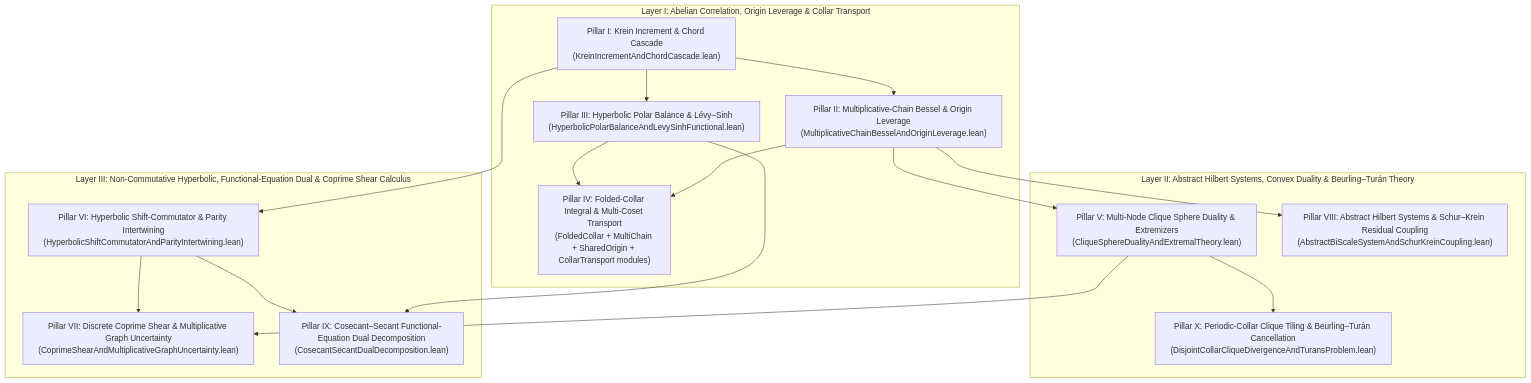
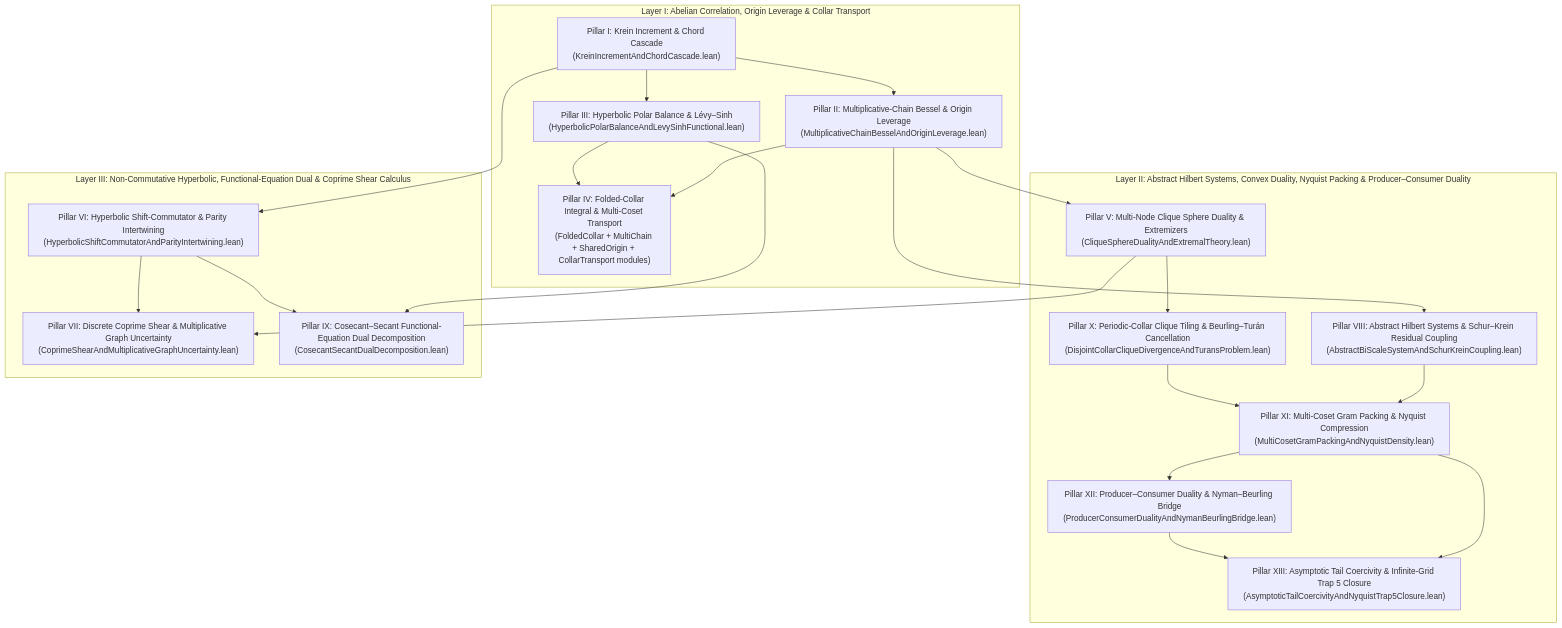
The diagram in formal/GaloisForLFunctions/BiScaleUncertainty/README.md (michael-haufschild-gib/hgt), drawn with Mermaid before and after one commit. The commit also changed other lines of this file and 67 other files, not shown here.

````diff
--- a/formal/GaloisForLFunctions/BiScaleUncertainty/README.md
+++ b/formal/GaloisForLFunctions/BiScaleUncertainty/README.md
@@ -174,34 +181,42 @@
 ```mermaid
 flowchart TD
     subgraph Layer1["Layer I: Abelian Correlation, Origin Leverage & Collar Transport"]
         P1["Pillar I: Krein Increment & Chord Cascade<br/>(KreinIncrementAndChordCascade.lean)"]
         P2["Pillar II: Multiplicative-Chain Bessel & Origin Leverage<br/>(MultiplicativeChainBesselAndOriginLeverage.lean)"]
         P3["Pillar III: Hyperbolic Polar Balance & Lévy–Sinh<br/>(HyperbolicPolarBalanceAndLevySinhFunctional.lean)"]
         P4["Pillar IV: Folded-Collar Integral & Multi-Coset Transport<br/>(FoldedCollar + MultiChain + SharedOrigin + CollarTransport modules)"]
     end
 
-    subgraph Layer2["Layer II: Abstract Hilbert Systems, Convex Duality & Beurling–Turán Theory"]
+    subgraph Layer2["Layer II: Abstract Hilbert Systems, Convex Duality, Nyquist Packing & Producer–Consumer Duality"]
         P5["Pillar V: Multi-Node Clique Sphere Duality & Extremizers<br/>(CliqueSphereDualityAndExtremalTheory.lean)"]
         P8["Pillar VIII: Abstract Hilbert Systems & Schur–Krein Residual Coupling<br/>(AbstractBiScaleSystemAndSchurKreinCoupling.lean)"]
         P10["Pillar X: Periodic-Collar Clique Tiling & Beurling–Turán Cancellation<br/>(DisjointCollarCliqueDivergenceAndTuransProblem.lean)"]
+        P11["Pillar XI: Multi-Coset Gram Packing & Nyquist Compression<br/>(MultiCosetGramPackingAndNyquistDensity.lean)"]
+        P12["Pillar XII: Producer–Consumer Duality & Nyman–Beurling Bridge<br/>(ProducerConsumerDualityAndNymanBeurlingBridge.lean)"]
+        P13["Pillar XIII: Asymptotic Tail Coercivity & Infinite-Grid Trap 5 Closure<br/>(AsymptoticTailCoercivityAndNyquistTrap5Closure.lean)"]
     end
 
     subgraph Layer3["Layer III: Non-Commutative Hyperbolic, Functional-Equation Dual & Coprime Shear Calculus"]
         P6["Pillar VI: Hyperbolic Shift-Commutator & Parity Intertwining<br/>(HyperbolicShiftCommutatorAndParityIntertwining.lean)"]
         P7["Pillar VII: Discrete Coprime Shear & Multiplicative Graph Uncertainty<br/>(CoprimeShearAndMultiplicativeGraphUncertainty.lean)"]
         P9["Pillar IX: Cosecant–Secant Functional-Equation Dual Decomposition<br/>(CosecantSecantDualDecomposition.lean)"]
     end
 
     P1 --> P2
     P1 --> P3
     P2 --> P4
     P3 --> P4
     P2 --> P5
     P2 --> P8
     P5 --> P10
+    P8 --> P11
+    P10 --> P11
+    P11 --> P12
+    P11 --> P13
+    P12 --> P13
     P1 --> P6
     P3 --> P9
     P6 --> P9
     P5 --> P7
     P6 --> P7
 ```
````
